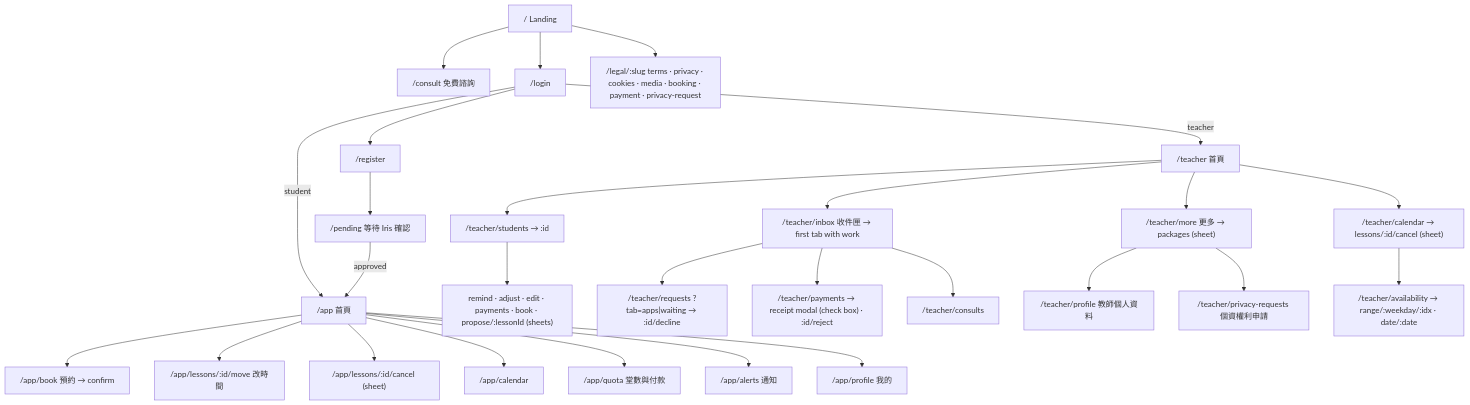
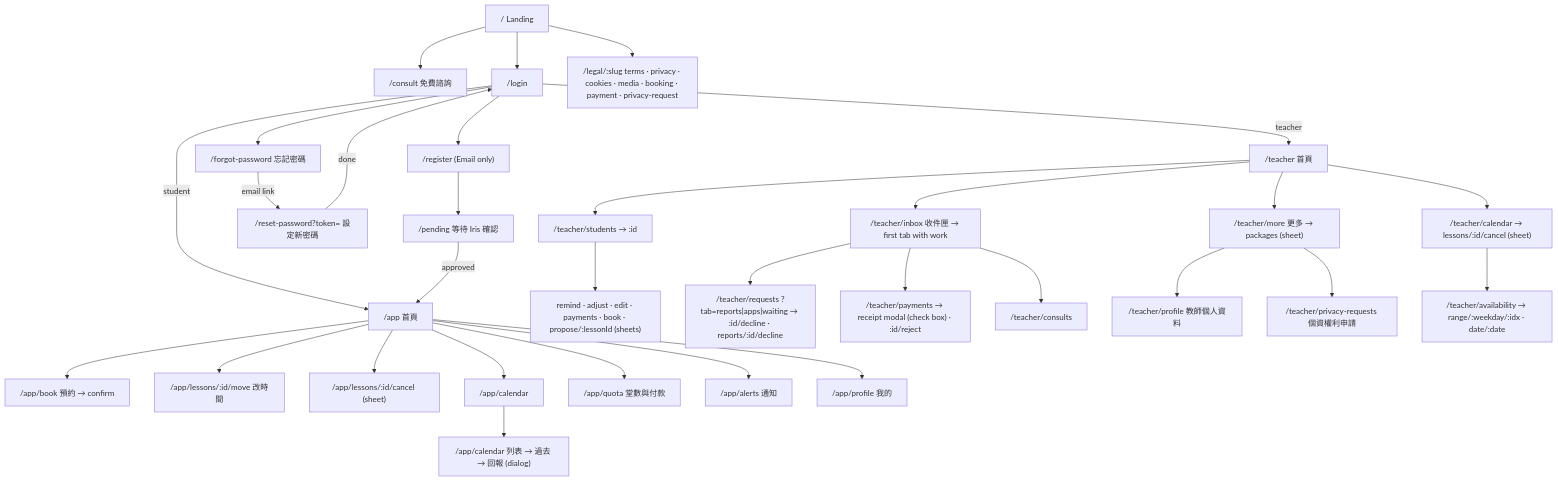
One commit to ChandraJonathanZheng/Iris-Studio changed the second of 16 diagrams in docs/FLOW.md. Above: the diagram before and after it, drawn with Mermaid. The commit also changed other lines of this file and 5 other files, not shown here.

First line of the commit message:
Docs: PRD v2.5, SCHEMA v2.4, new API.md

````diff
--- a/docs/FLOW.md
+++ b/docs/FLOW.md
@@ -44,30 +44,32 @@
 ```mermaid
 flowchart TD
   L["/ Landing"] --> C["/consult 免費諮詢"]
   L --> LG["/login"]
-  LG --> R["/register"] --> P["/pending 等待 Iris 確認"]
+  LG --> R["/register (Email only)"] --> P["/pending 等待 Iris 確認"]
+  LG --> FP["/forgot-password 忘記密碼"] -->|email link| RP["/reset-password?token= 設定新密碼"] -->|done| LG
   LG -->|student| S["/app 首頁"]
   LG -->|teacher| T["/teacher 首頁"]
   P -->|approved| S
 
   S --> SB["/app/book 預約 → confirm"]
   S --> SM["/app/lessons/:id/move 改時間"]
   S --> SC["/app/lessons/:id/cancel (sheet)"]
   S --> SCal["/app/calendar"]
+  SCal --> SRep["/app/calendar 列表 → 過去 → 回報 (dialog)"]
   S --> SQ["/app/quota 堂數與付款"]
   S --> SA["/app/alerts 通知"]
   S --> SP["/app/profile 我的"]
 
   T --> TC["/teacher/calendar → lessons/:id/cancel (sheet)"]
   T --> TS["/teacher/students → :id"]
   TS --> TSS["remind · adjust · edit · payments · book · propose/:lessonId (sheets)"]
   T --> TI["/teacher/inbox 收件匣 → first tab with work"]
-  TI --> TR["/teacher/requests ?tab=apps|waiting → :id/decline"]
+  TI --> TR["/teacher/requests ?tab=reports|apps|waiting → :id/decline · reports/:id/decline"]
   TI --> TP["/teacher/payments → receipt modal (check box) · :id/reject"]
   TI --> TCo["/teacher/consults"]
   T --> TM["/teacher/more 更多 → packages (sheet)"]
   TM --> TPr["/teacher/profile 教師個人資料"]
   TM --> TPv["/teacher/privacy-requests 個資權利申請"]
   L --> LG2["/legal/:slug terms · privacy · cookies · media · booking · payment · privacy-request"]
   TC --> TAv["/teacher/availability → range/:weekday/:idx · date/:date"]
 ```
````
